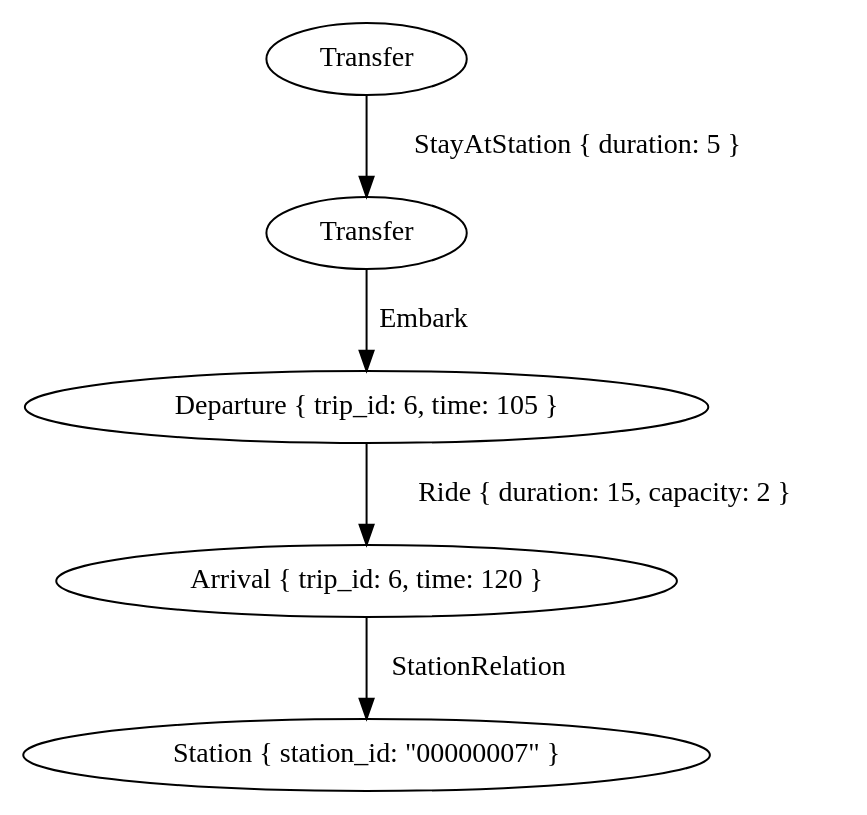
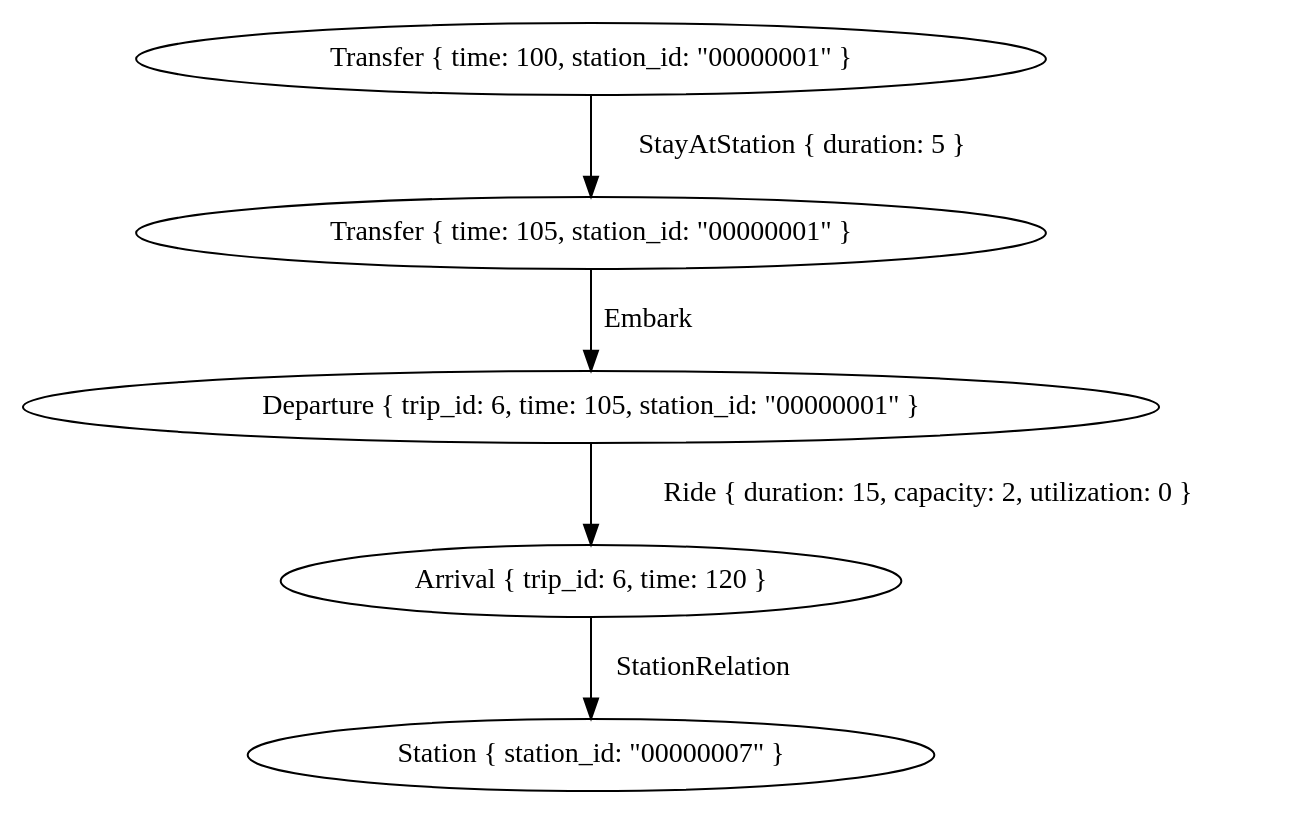
Before and after one commit to eliaswendt/mcfp-optimizer: the diagram in graphs/subgraph_group_10.dot, drawn with Graphviz. The commit also changed 18 other files, not shown here.

```diff
--- a/graphs/subgraph_group_10.dot
+++ b/graphs/subgraph_group_10.dot
@@ -1,11 +1,11 @@
 digraph {
-    0 [ label = "Transfer" ]
-    1 [ label = "Transfer" ]
-    2 [ label = "Departure { trip_id: 6, time: 105 }" ]
+    0 [ label = "Transfer { time: 100, station_id: \"00000001\" }" ]
+    1 [ label = "Transfer { time: 105, station_id: \"00000001\" }" ]
+    2 [ label = "Departure { trip_id: 6, time: 105, station_id: \"00000001\" }" ]
     3 [ label = "Arrival { trip_id: 6, time: 120 }" ]
     4 [ label = "Station { station_id: \"00000007\" }" ]
     0 -> 1 [ label = "StayAtStation { duration: 5 }" ]
     1 -> 2 [ label = "Embark" ]
-    2 -> 3 [ label = "Ride { duration: 15, capacity: 2 }" ]
+    2 -> 3 [ label = "Ride { duration: 15, capacity: 2, utilization: 0 }" ]
     3 -> 4 [ label = "StationRelation" ]
 }
```
